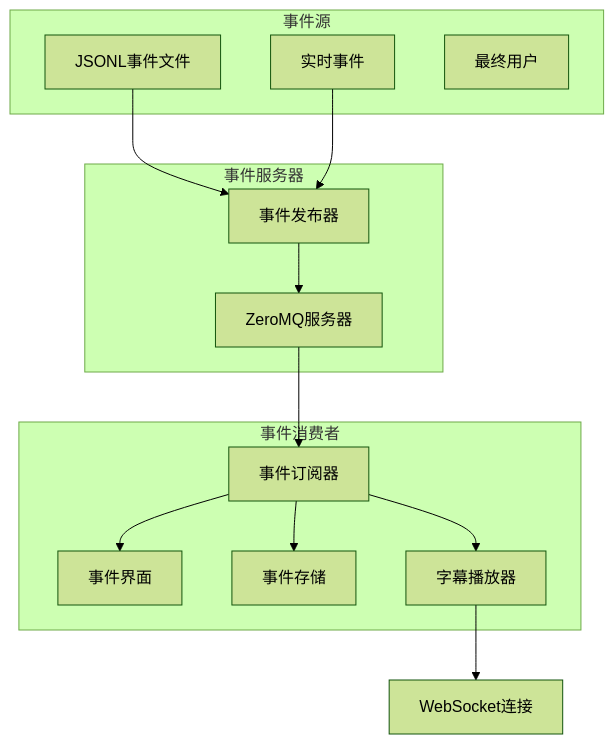
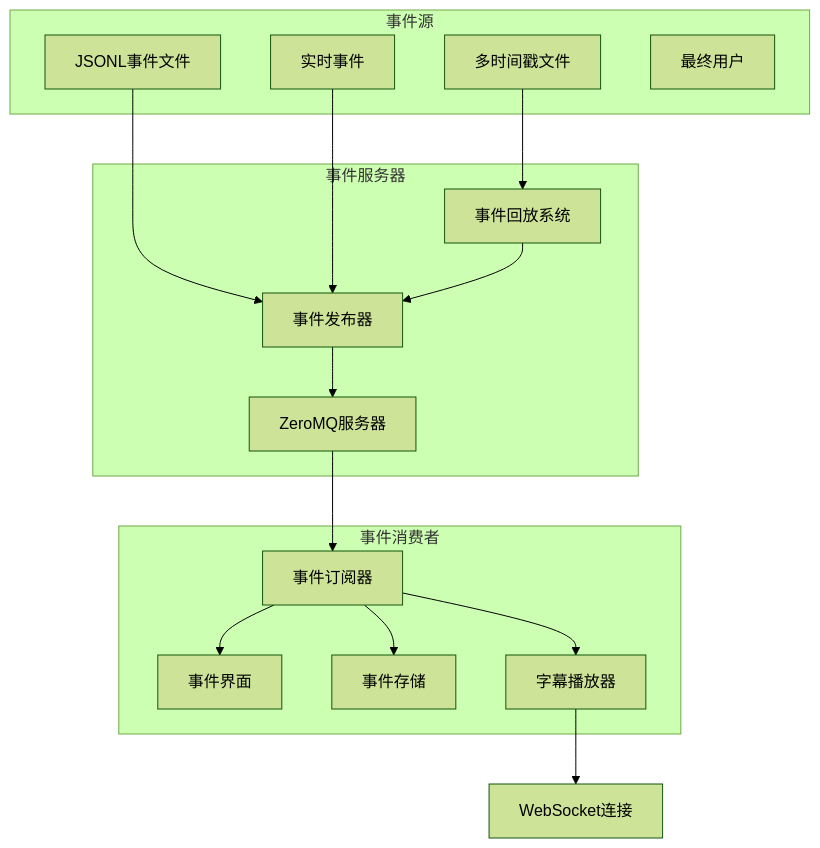
The eighth of 16 diagrams in .qoder/repowiki/zh/content/后端服务架构/WebSocket实时处理.md (1024dashen/Vue3Speech), drawn with Mermaid (forest theme) before and after one commit. The commit also changed other lines of this file and 15 other files, not shown here.

````diff
--- a/.qoder/repowiki/zh/content/后端服务架构/WebSocket实时处理.md
+++ b/.qoder/repowiki/zh/content/后端服务架构/WebSocket实时处理.md
@@ -566,26 +574,30 @@
 ```mermaid
 graph TB
 subgraph "事件源"
 EventFiles[JSONL事件文件]
 RealEvents[实时事件]
+MultipleTimestamps[多时间戳文件]
 EndUser[最终用户]
 end
 subgraph "事件服务器"
 ZMQServer[ZeroMQ服务器]
 EventPublisher[事件发布器]
+EventReplay[事件回放系统]
 end
 subgraph "事件消费者"
 EventSubscriber[事件订阅器]
 EventUI[事件界面]
 EventStorage[事件存储]
 SubtitlePlayer[字幕播放器]
 end
 EventFiles --> EventPublisher
 RealEvents --> EventPublisher
+MultipleTimestamps --> EventReplay
+EventReplay --> EventPublisher
 EventPublisher --> ZMQServer
 ZMQServer --> EventSubscriber
 EventSubscriber --> EventUI
 EventSubscriber --> EventStorage
 EventSubscriber --> SubtitlePlayer
 SubtitlePlayer --> WebSocket[WebSocket连接]
 ```
````
